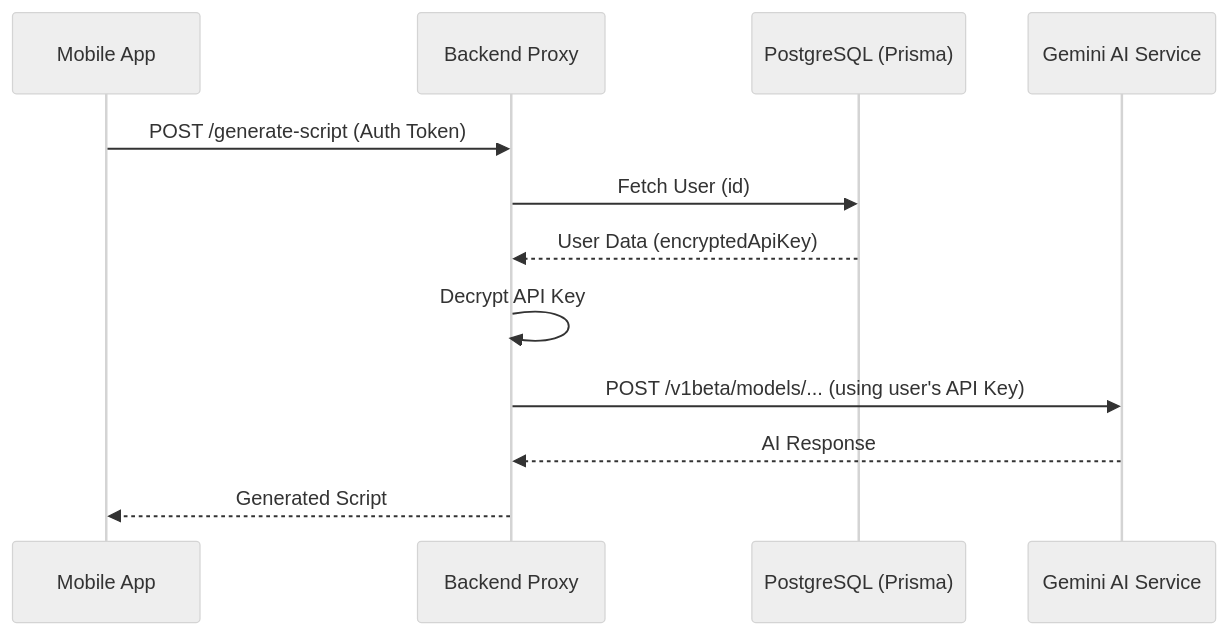
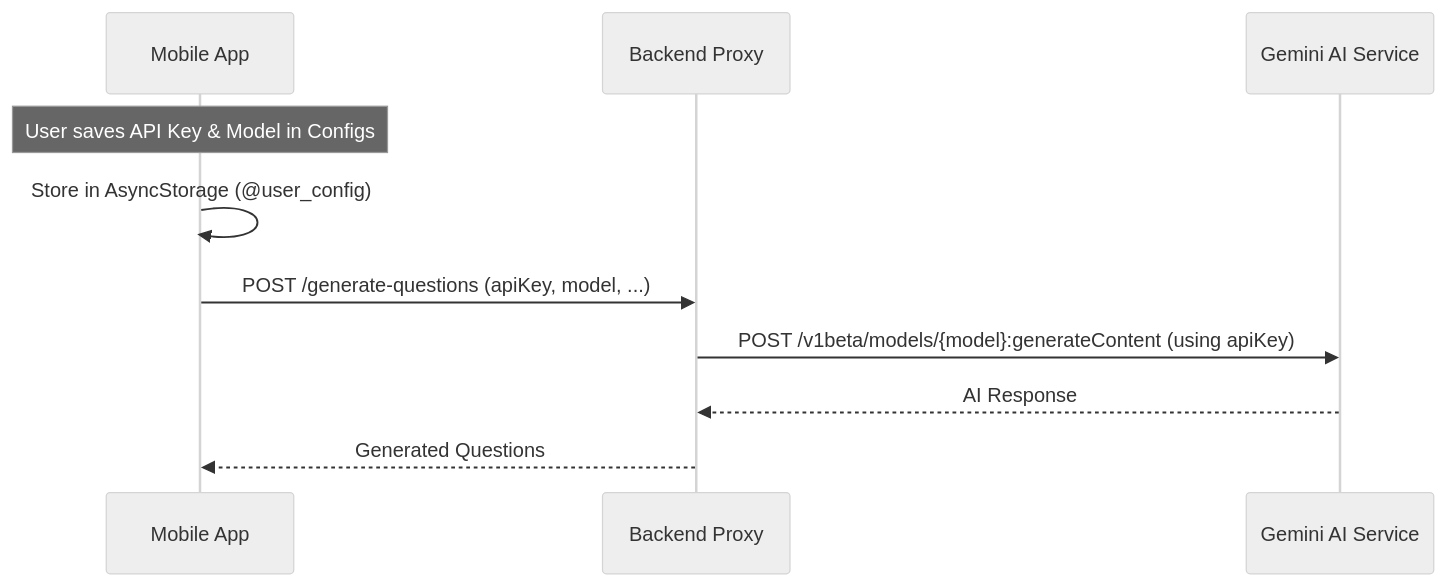
One commit to tessmannaugusto/topics-app changed the diagram in .specs/features/config-management/design.md. Above: the diagram before and after it, drawn with Mermaid (neutral theme). The commit also changed other lines of this file and 34 other files, not shown here.

Commit message:
removing prisma and auth features. Implementing local mobile storage

````diff
--- a/.specs/features/config-management/design.md
+++ b/.specs/features/config-management/design.md
@@ -56,15 +41,14 @@
 ```mermaid
 sequenceDiagram
     participant App as Mobile App
     participant API as Backend Proxy
-    participant DB as PostgreSQL (Prisma)
     participant AI as Gemini AI Service
 
-    App->>API: POST /generate-script (Auth Token)
-    API->>DB: Fetch User (id)
-    DB-->>API: User Data (encryptedApiKey)
-    API->>API: Decrypt API Key
-    API->>AI: POST /v1beta/models/... (using user's API Key)
+    Note over App: User saves API Key & Model in Configs
+    App->>App: Store in AsyncStorage (@user_config)
+    
+    App->>API: POST /generate-questions (apiKey, model, ...)
+    API->>AI: POST /v1beta/models/{model}:generateContent (using apiKey)
     AI-->>API: AI Response
-    API-->>App: Generated Script
+    API-->>App: Generated Questions
 ```
````
